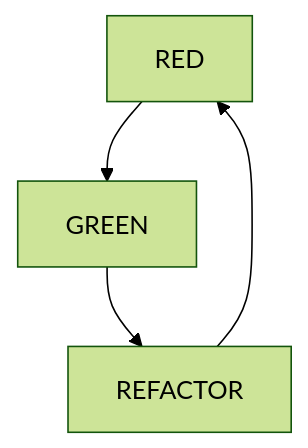
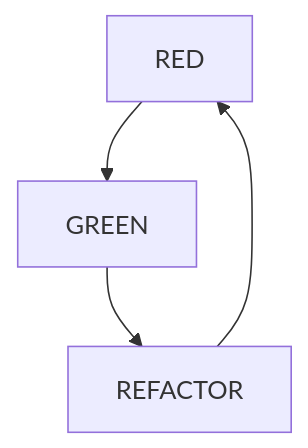
Before and after one commit to segin-GH/TDD-4-Embedded: the diagram in README.md, drawn with Mermaid.

````diff
--- a/README.md
+++ b/README.md
@@ -11,5 +11,5 @@
 ```mermaid
-%%{init: {'theme': 'forest','textColor' : '#000000', "flowchart" : { "curve" : "basis" } } }%%
+%%{init: {'theme': 'default','textColor' : '#000fff', "flowchart" : { "curve" : "basis" } } }%%
 graph TD;
 RED-->GREEN-->REFACTOR-->RED
 ```
````
